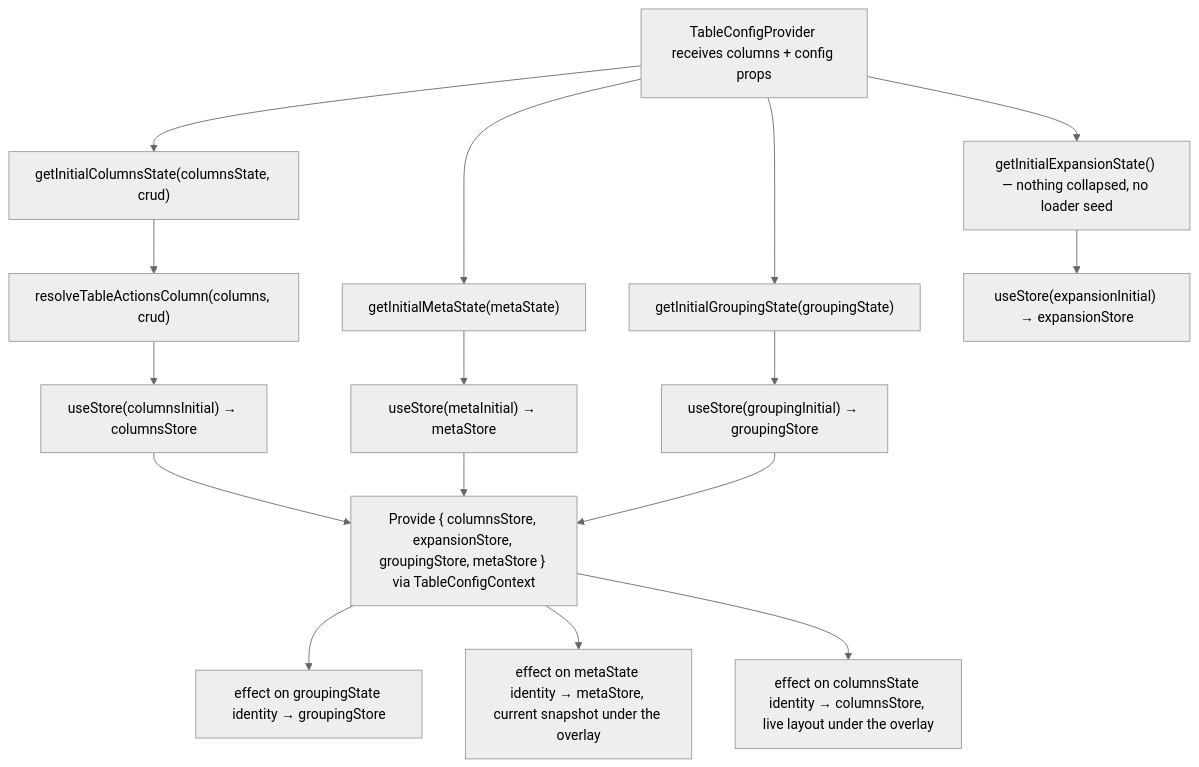
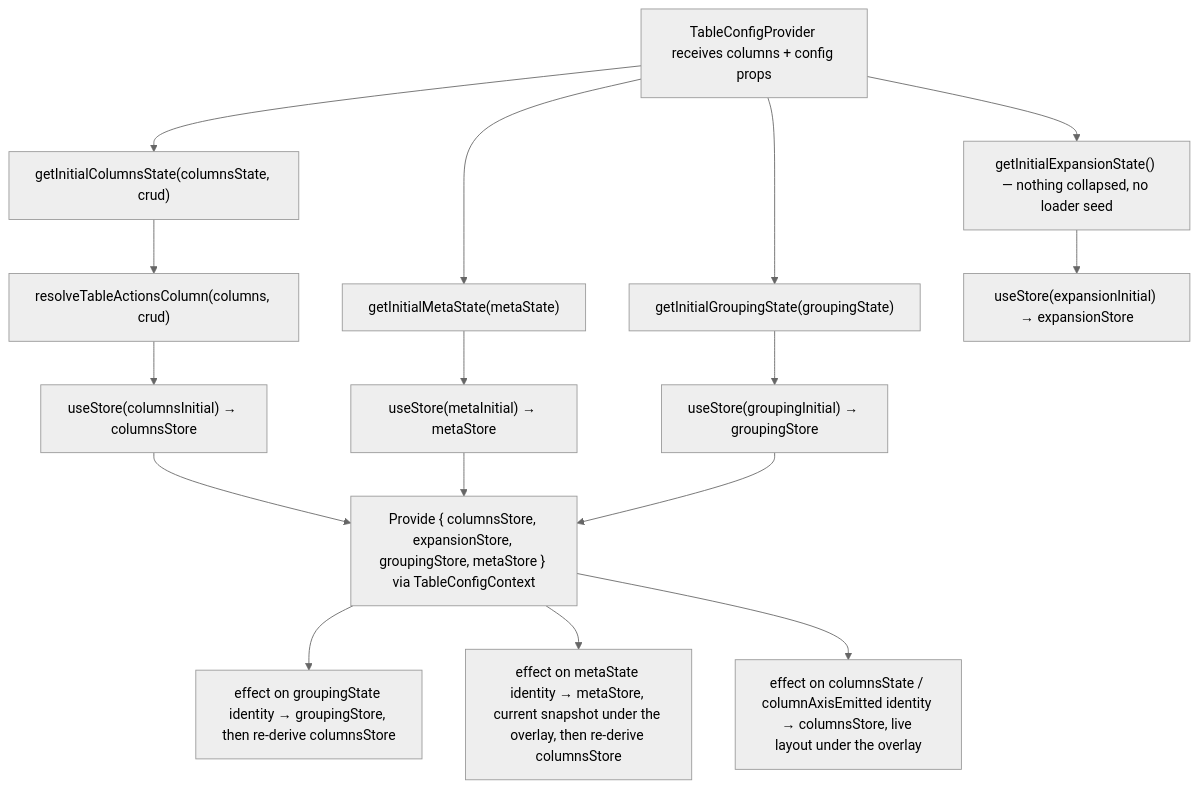
One commit to luciocabrera/lcabrera-stack changed the second of 3 diagrams in packages/ui/src/components/Table/contexts/TableConfig/ARCHITECTURE.md. Above: the diagram before and after it, drawn with Mermaid (neutral theme). The commit also changed other lines of this file and 25 other files, not shown here.

````diff
--- a/packages/ui/src/components/Table/contexts/TableConfig/ARCHITECTURE.md
+++ b/packages/ui/src/components/Table/contexts/TableConfig/ARCHITECTURE.md
@@ -260,19 +260,19 @@
 ```mermaid
 graph TD
   A["TableConfigProvider receives columns + config props"]
   A --> B["getInitialColumnsState(columnsState, crud)"]
   A --> C["getInitialMetaState(metaState)"]
   A --> G["getInitialGroupingState(groupingState)"]
   A --> GE["getInitialExpansionState() — nothing collapsed, no loader seed"]
   B --> B1["resolveTableActionsColumn(columns, crud)"]
   B1 --> D["useStore(columnsInitial) → columnsStore"]
   C --> E["useStore(metaInitial) → metaStore"]
   G --> H["useStore(groupingInitial) → groupingStore"]
   GE --> HE["useStore(expansionInitial) → expansionStore"]
   D --> F["Provide { columnsStore, expansionStore, groupingStore, metaStore } via TableConfigContext"]
   E --> F
   H --> F
-  F --> Gfx["effect on groupingState identity → groupingStore"]
-  F --> Mfx["effect on metaState identity → metaStore, current snapshot under the overlay"]
-  F --> Cfx["effect on columnsState identity → columnsStore, live layout under the overlay"]
+  F --> Gfx["effect on groupingState identity → groupingStore, then re-derive columnsStore"]
+  F --> Mfx["effect on metaState identity → metaStore, current snapshot under the overlay, then re-derive columnsStore"]
+  F --> Cfx["effect on columnsState / columnAxisEmitted identity → columnsStore, live layout under the overlay"]
 ```
````
